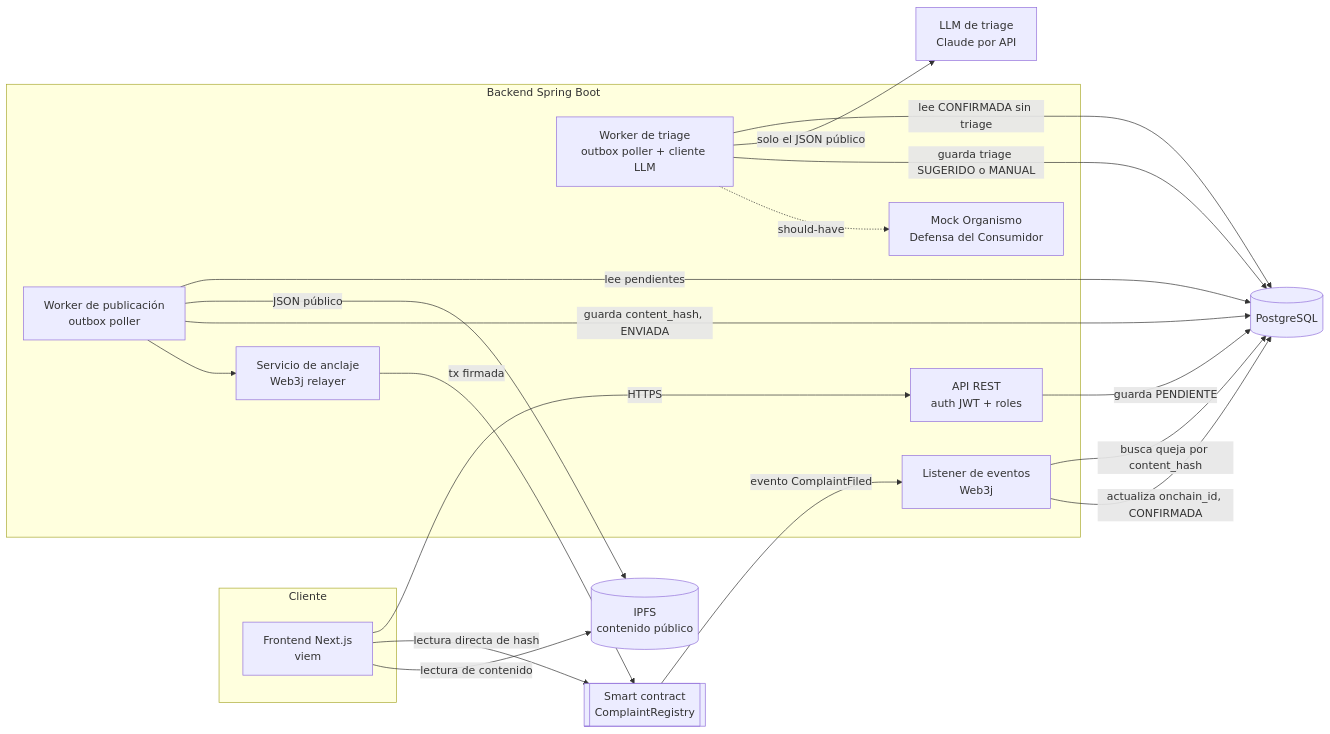
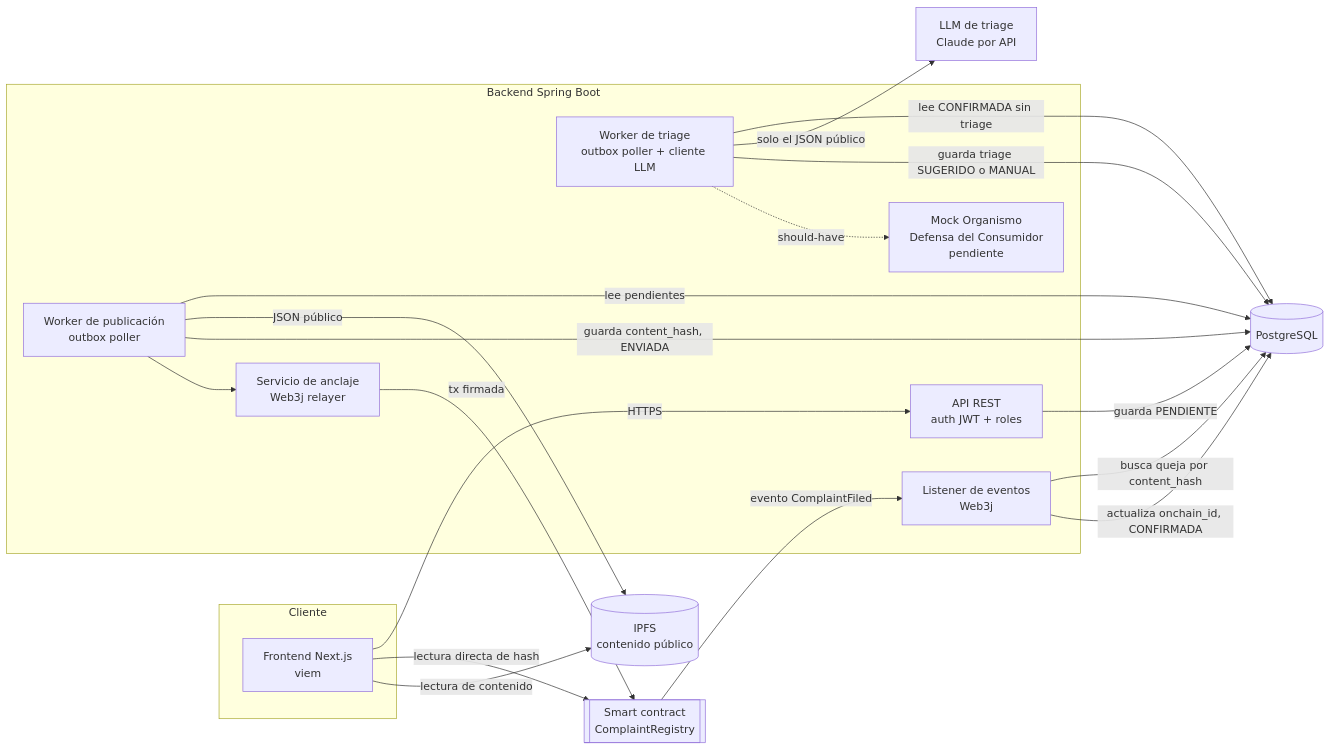
Before and after one commit to dalcorta/AI4Devs-finalproject: the first of 2 diagrams in readme.md, drawn with Mermaid. The commit also changed other lines of this file and 1 other file, not shown here.

````diff
--- a/readme.md
+++ b/readme.md
@@ -114,37 +145,37 @@
 ```mermaid
 flowchart LR
     subgraph Cliente
         FE[Frontend Next.js<br/>viem]
     end
 
     subgraph Backend [Backend Spring Boot]
         API[API REST<br/>auth JWT + roles]
         WRK[Worker de publicación<br/>outbox poller]
         ANC[Servicio de anclaje<br/>Web3j relayer]
         LST[Listener de eventos<br/>Web3j]
         TRI[Worker de triage<br/>outbox poller + cliente LLM]
-        MOCK[Mock Organismo<br/>Defensa del Consumidor]
+        MOCK[Mock Organismo<br/>Defensa del Consumidor<br/>pendiente]
     end
 
     DB[(PostgreSQL)]
     IPFS[(IPFS<br/>contenido público)]
     BC[[Smart contract<br/>ComplaintRegistry]]
     LLM[LLM de triage<br/>Claude por API]
 
     FE -->|HTTPS| API
     API -->|guarda PENDIENTE| DB
     WRK -->|lee pendientes| DB
     WRK -->|JSON público| IPFS
     WRK -->|guarda content_hash, ENVIADA| DB
     WRK --> ANC
     ANC -->|tx firmada| BC
     BC -->|evento ComplaintFiled| LST
     LST -->|busca queja por content_hash| DB
     LST -->|actualiza onchain_id, CONFIRMADA| DB
     TRI -->|lee CONFIRMADA sin triage| DB
     TRI -->|solo el JSON público| LLM
     TRI -->|guarda triage SUGERIDO o MANUAL| DB
     TRI -.->|should-have| MOCK
     FE -->|lectura directa de hash| BC
     FE -->|lectura de contenido| IPFS
 ```
````
